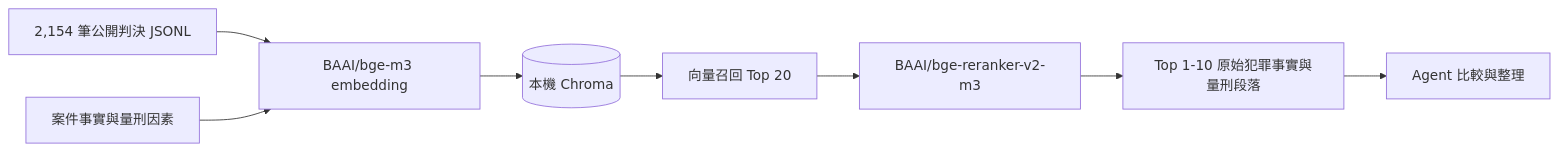
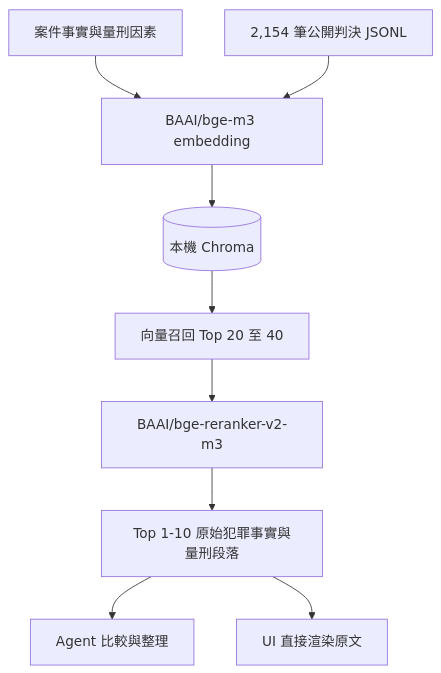
One commit to DE-CHENG-HSIEH/legal-rag-agent changed the second of 2 diagrams in README.md. Above: the diagram before and after it, drawn with Mermaid. The commit also changed other lines of this file and 30 other files, not shown here.

````diff
--- a/README.md
+++ b/README.md
@@ -39,10 +41,11 @@
 ```mermaid
-flowchart LR
-    D[2,154 筆公開判決 JSONL] --> E[BAAI/bge-m3 embedding]
-    Q[案件事實與量刑因素] --> E
+flowchart TB
+    Q[案件事實與量刑因素] --> E[BAAI/bge-m3 embedding]
+    D[2,154 筆公開判決 JSONL] --> E
     E --> C[(本機 Chroma)]
-    C --> K[向量召回 Top 20]
+    C --> K[向量召回 Top 20 至 40]
     K --> R[BAAI/bge-reranker-v2-m3]
     R --> O[Top 1-10 原始犯罪事實與量刑段落]
     O --> A[Agent 比較與整理]
+    O --> UI[UI 直接渲染原文]
 ```
````
